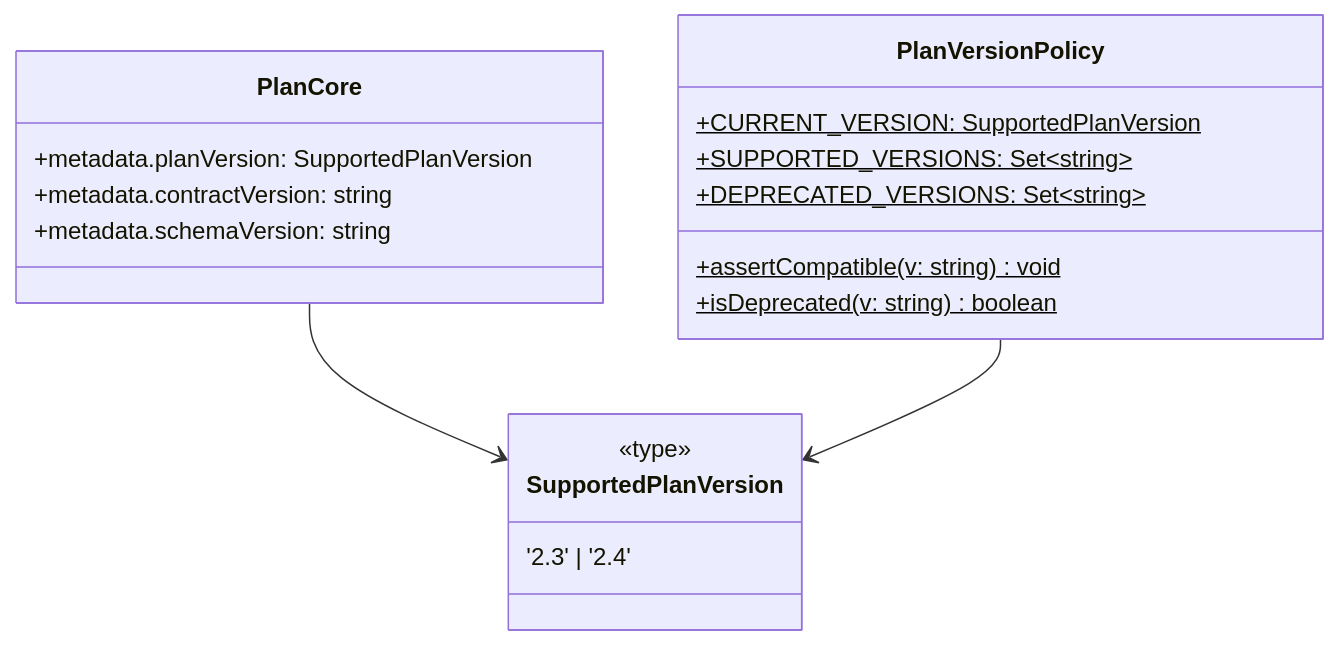
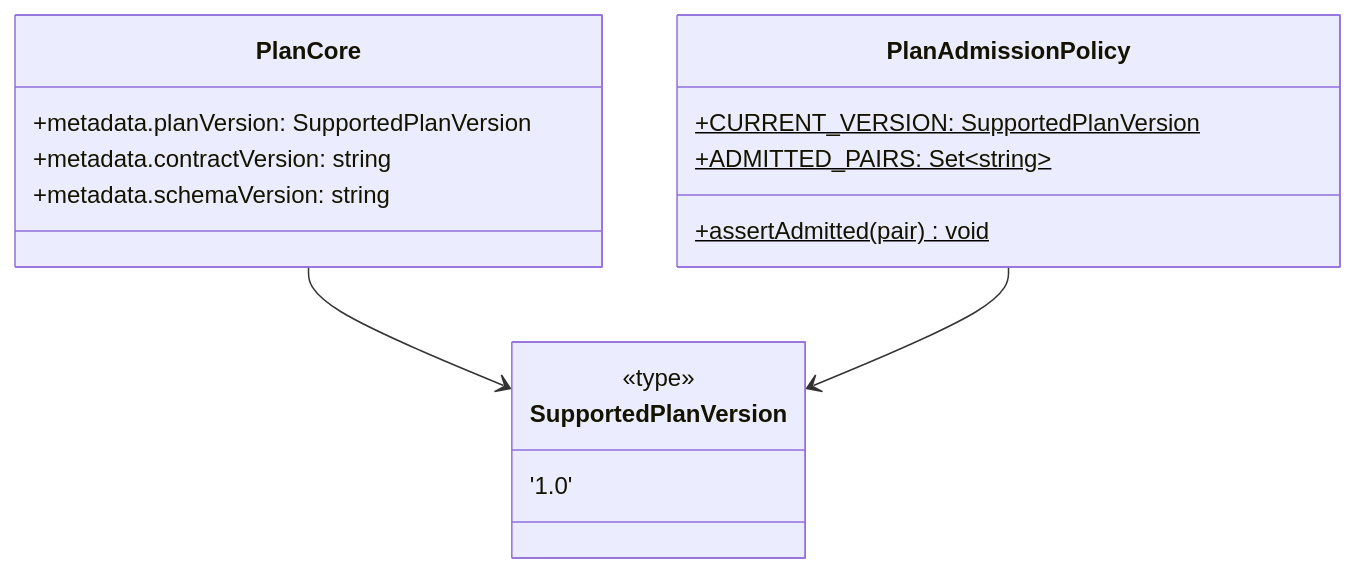
The sixth of 12 diagrams in docs/reviews/dvt-top3-gaps-roadmap-20260319.md (dunay2/dvt), drawn with Mermaid before and after one commit. The commit also changed other lines of this file and 38 other files, not shown here.

Commit message:
refactor(engine): Consolidate plan admission policy

````diff
--- a/docs/reviews/dvt-top3-gaps-roadmap-20260319.md
+++ b/docs/reviews/dvt-top3-gaps-roadmap-20260319.md
@@ -235,24 +214,22 @@
 ```mermaid
 classDiagram
     class SupportedPlanVersion {
         <<type>>
-        '2.3' | '2.4'
+        '1.0'
     }
 
-    class PlanVersionPolicy {
+    class PlanAdmissionPolicy {
         +CURRENT_VERSION: SupportedPlanVersion$
-        +SUPPORTED_VERSIONS: Set~string~$
-        +DEPRECATED_VERSIONS: Set~string~$
-        +assertCompatible(v: string) void$
-        +isDeprecated(v: string) boolean$
+        +ADMITTED_PAIRS: Set~string~$
+        +assertAdmitted(pair) void$
     }
 
     class PlanCore {
         +metadata.planVersion: SupportedPlanVersion
         +metadata.contractVersion: string
         +metadata.schemaVersion: string
     }
 
     PlanCore --> SupportedPlanVersion
-    PlanVersionPolicy --> SupportedPlanVersion
+    PlanAdmissionPolicy --> SupportedPlanVersion
 ```
````
